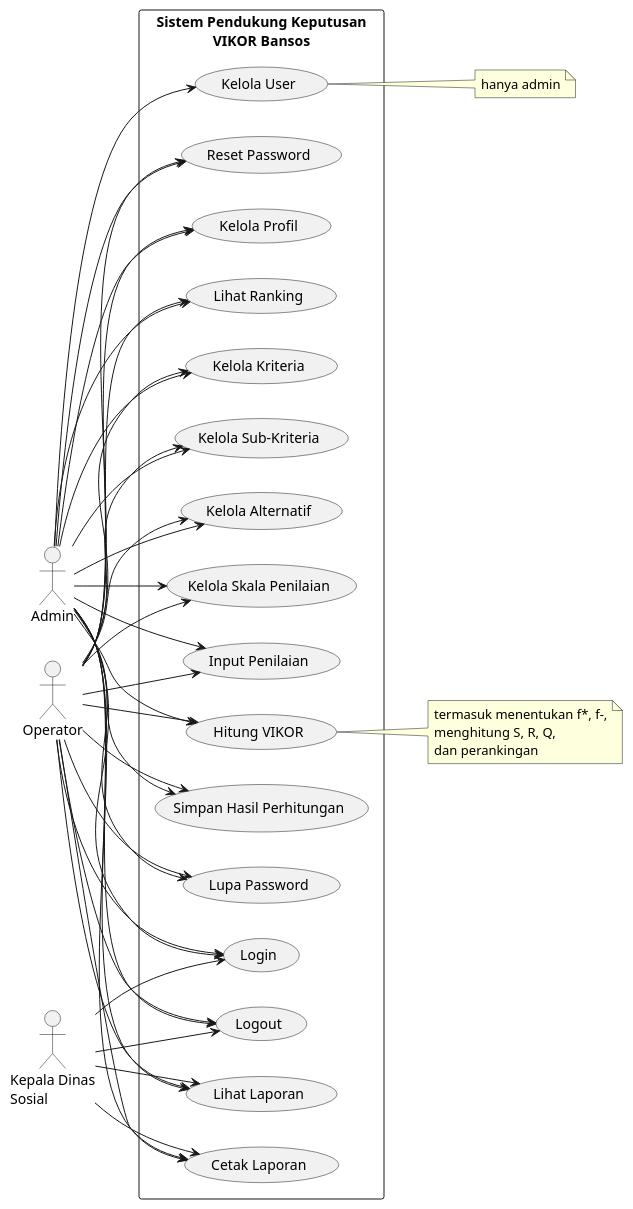
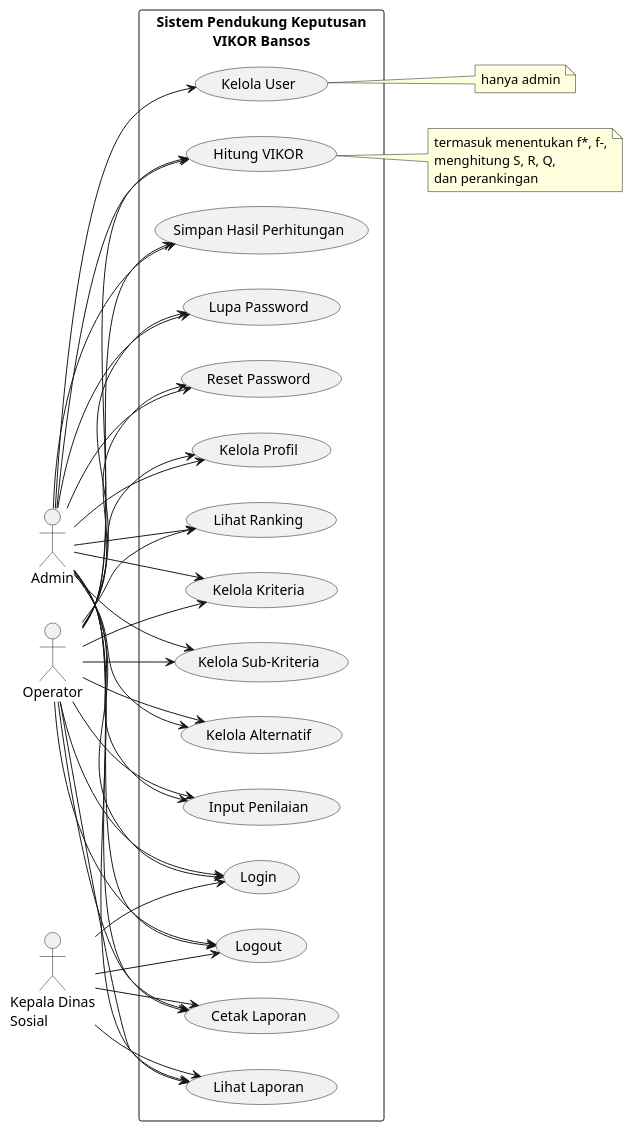
One commit to jimmywiraarbaa/spk-vikor-bansos changed the diagram in docs/uml/usecase.puml. Above: the diagram before and after it, drawn with PlantUML. The commit also changed 5 other files, not shown here.

Commit message:
refactor: update UML diagrams to remove references to Skala Penilaian and adjust related logic

```diff
--- a/docs/uml/usecase.puml
+++ b/docs/uml/usecase.puml
@@ -1,70 +1,67 @@
 @startuml
 left to right direction
 skinparam packageStyle rectangle
 actor "Admin" as admin
 actor "Operator" as operator
 actor "Kepala Dinas\nSosial" as kadinsos
 
 rectangle "Sistem Pendukung Keputusan\nVIKOR Bansos" {
   usecase "Login" as UC01
   usecase "Logout" as UC02
   usecase "Lupa Password" as UC03
   usecase "Reset Password" as UC04
   usecase "Kelola Profil" as UC05
 
   usecase "Kelola User" as UC06
   usecase "Kelola Kriteria" as UC07
   usecase "Kelola Sub-Kriteria" as UC08
   usecase "Kelola Alternatif" as UC09
-  usecase "Kelola Skala Penilaian" as UC10
 
   usecase "Input Penilaian" as UC11
   usecase "Hitung VIKOR" as UC12
   usecase "Simpan Hasil Perhitungan" as UC13
 
   usecase "Lihat Ranking" as UC14
   usecase "Lihat Laporan" as UC15
   usecase "Cetak Laporan" as UC16
 }
 
 admin --> UC01
 admin --> UC02
 admin --> UC03
 admin --> UC04
 admin --> UC05
 admin --> UC06
 admin --> UC07
 admin --> UC08
 admin --> UC09
-admin --> UC10
 admin --> UC11
 admin --> UC12
 admin --> UC13
 admin --> UC14
 admin --> UC15
 admin --> UC16
 
 operator --> UC01
 operator --> UC02
 operator --> UC03
 operator --> UC04
 operator --> UC05
 operator --> UC07
 operator --> UC08
 operator --> UC09
-operator --> UC10
 operator --> UC11
 operator --> UC12
 operator --> UC13
 operator --> UC14
 operator --> UC15
 operator --> UC16
 
 kadinsos --> UC01
 kadinsos --> UC02
 kadinsos --> UC15
 kadinsos --> UC16
 
 note right of UC06 : hanya admin
 note right of UC12 : termasuk menentukan f*, f-,\nmenghitung S, R, Q,\ndan perankingan
 @enduml
```
